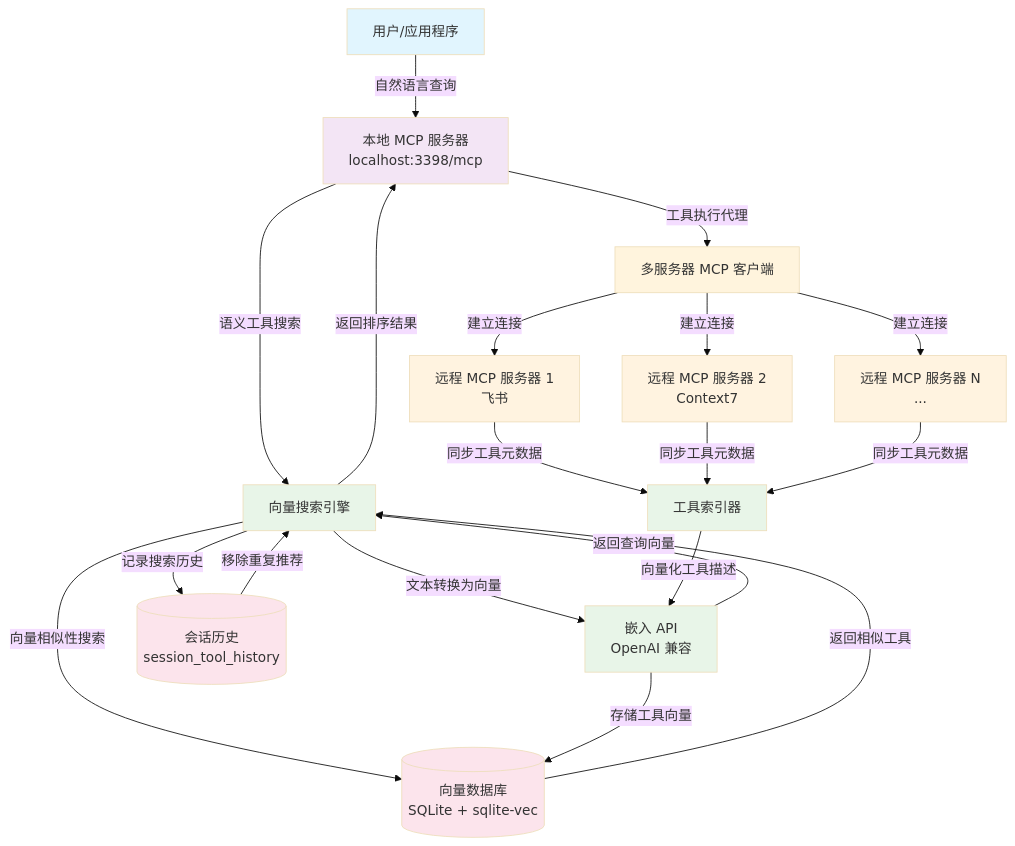
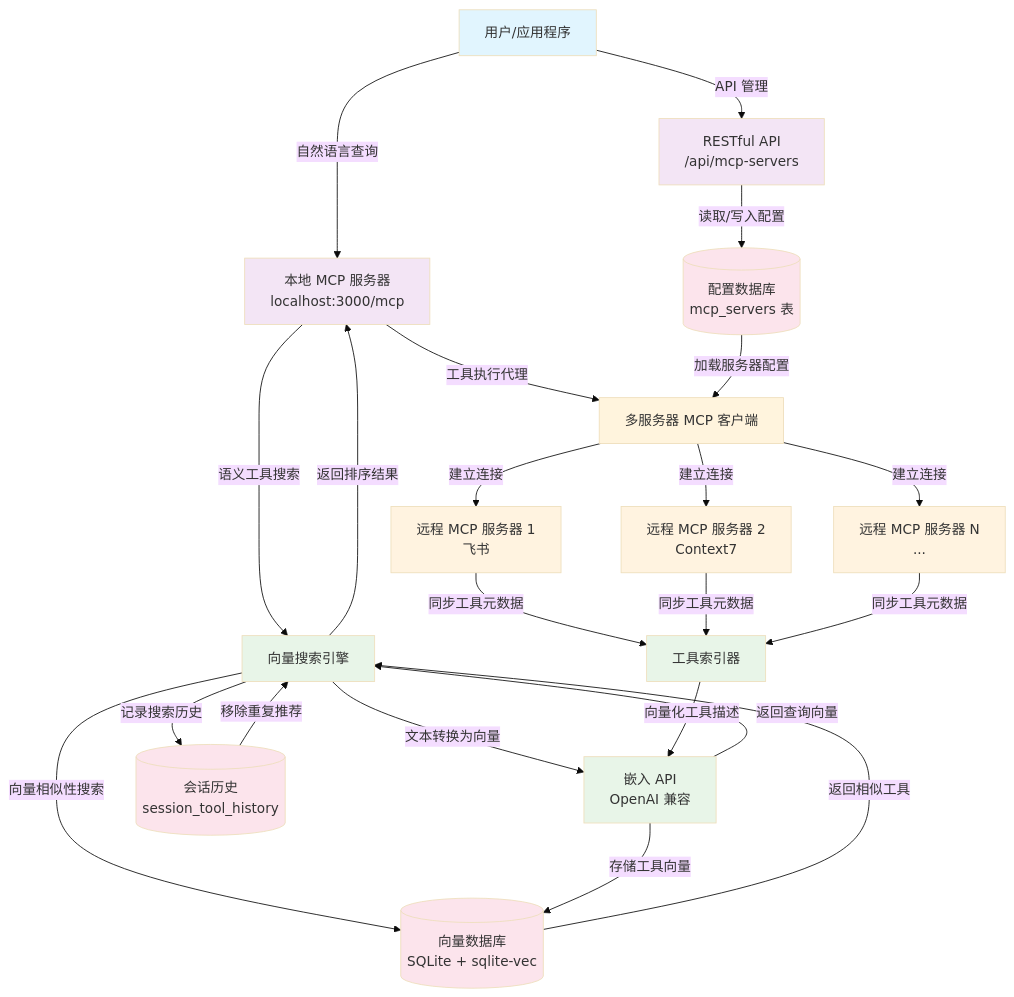
Before and after one commit to aandersen2323/dextMCP: the diagram in README.zh-CN.md, drawn with Mermaid (base theme). The commit also changed other lines of this file, not shown here.

````diff
--- a/README.zh-CN.md
+++ b/README.zh-CN.md
@@ -18,38 +19,42 @@
 ```mermaid
 graph TB
-    User[用户/应用程序] -->|自然语言查询| LocalMCP[本地 MCP 服务器<br/>localhost:3398/mcp]
+    User[用户/应用程序] -->|自然语言查询| LocalMCP[本地 MCP 服务器<br/>localhost:3000/mcp]
+    User -->|API 管理| API[RESTful API<br/>/api/mcp-servers]
 
     LocalMCP -->|语义工具搜索| VS[向量搜索引擎]
     LocalMCP -->|工具执行代理| MCP[多服务器 MCP 客户端]
 
     VS -->|文本转换为向量| Embedding[嵌入 API<br/>OpenAI 兼容]
     Embedding -->|返回查询向量| VS
     VS -->|向量相似性搜索| VDB[(向量数据库<br/>SQLite + sqlite-vec)]
     VDB -->|返回相似工具| VS
     VS -->|返回排序结果| LocalMCP
+
+    API -->|读取/写入配置| DB[(配置数据库<br/>mcp_servers 表)]
+    DB -->|加载服务器配置| MCP
 
     MCP -->|建立连接| Remote1[远程 MCP 服务器 1<br/>飞书]
     MCP -->|建立连接| Remote2[远程 MCP 服务器 2<br/>Context7]
     MCP -->|建立连接| Remote3[远程 MCP 服务器 N<br/>...]
 
     Remote1 -->|同步工具元数据| Indexer[工具索引器]
     Remote2 -->|同步工具元数据| Indexer
     Remote3 -->|同步工具元数据| Indexer
     Indexer -->|向量化工具描述| Embedding
     Embedding -->|存储工具向量| VDB
 
     VS -->|记录搜索历史| SessionDB[(会话历史<br/>session_tool_history)]
     SessionDB -->|移除重复推荐| VS
 
     classDef user fill:#e1f5fe
     classDef local fill:#f3e5f5
     classDef vector fill:#e8f5e8
     classDef remote fill:#fff3e0
     classDef db fill:#fce4ec
 
     class User user
-    class LocalMCP local
+    class LocalMCP,API local
     class VS,Embedding,Indexer vector
     class Remote1,Remote2,Remote3 remote
-    class VDB,SessionDB db
+    class VDB,SessionDB,DB db
 ```
````
